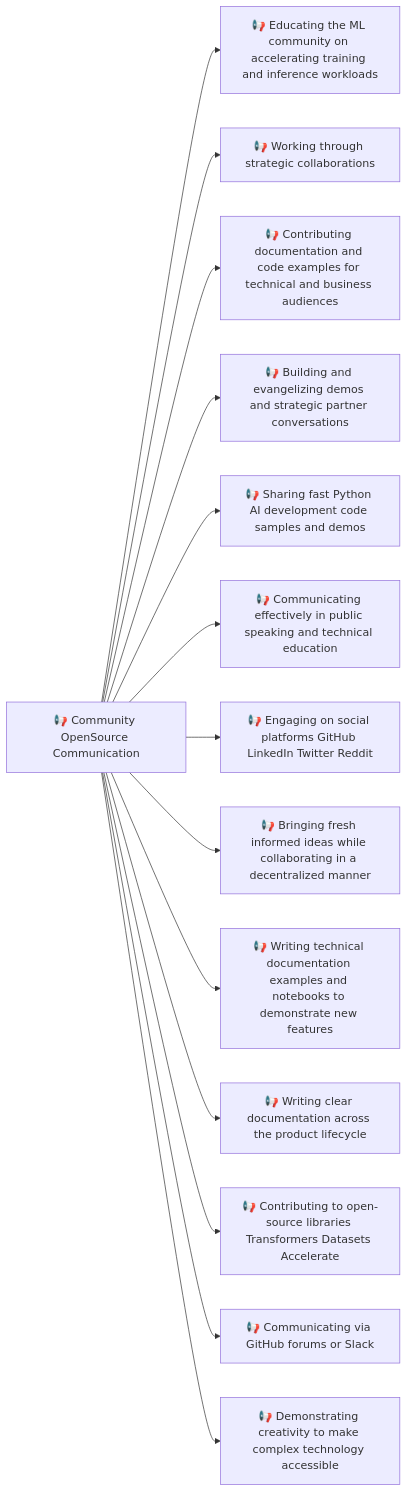
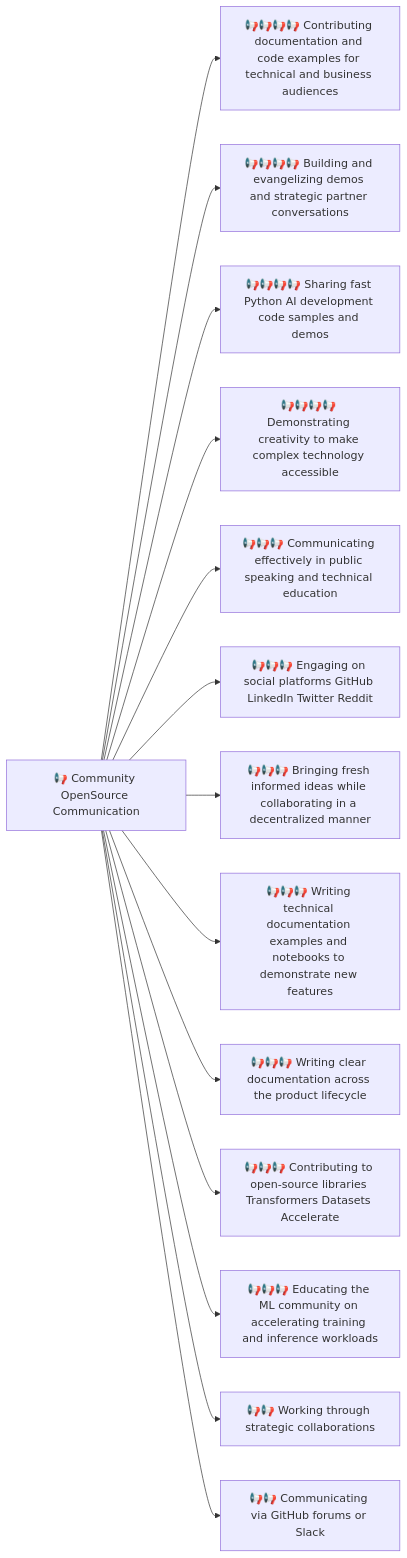
One commit to AaronCWacker/CV changed the ninth of 10 diagrams in cv2page.md. Above: the diagram before and after it, drawn with Mermaid. The commit also changed other lines of this file, not shown here.

````diff
--- a/cv2page.md
+++ b/cv2page.md
@@ -365,17 +365,17 @@
 ```mermaid
 graph LR
     R[📢 Community OpenSource Communication]
-    R --> C1[📢 Educating the ML community on accelerating training and inference workloads]
-    R --> C2[📢 Working through strategic collaborations]
-    R --> C3[📢 Contributing documentation and code examples for technical and business audiences]
-    R --> C4[📢 Building and evangelizing demos and strategic partner conversations]
-    R --> C5[📢 Sharing fast Python AI development code samples and demos]
-    R --> C6[📢 Communicating effectively in public speaking and technical education]
-    R --> C7[📢 Engaging on social platforms GitHub LinkedIn Twitter Reddit]
-    R --> C8[📢 Bringing fresh informed ideas while collaborating in a decentralized manner]
-    R --> C9[📢 Writing technical documentation examples and notebooks to demonstrate new features]
-    R --> C10[📢 Writing clear documentation across the product lifecycle]
-    R --> C11[📢 Contributing to open-source libraries Transformers Datasets Accelerate]
-    R --> C12[📢 Communicating via GitHub forums or Slack]
-    R --> C13[📢 Demonstrating creativity to make complex technology accessible]
+    R --> C3[📢📢📢📢 Contributing documentation and code examples for technical and business audiences]
+    R --> C4[📢📢📢📢 Building and evangelizing demos and strategic partner conversations]
+    R --> C5[📢📢📢📢 Sharing fast Python AI development code samples and demos]
+    R --> C13[📢📢📢📢 Demonstrating creativity to make complex technology accessible]
+    R --> C6[📢📢📢 Communicating effectively in public speaking and technical education]
+    R --> C7[📢📢📢 Engaging on social platforms GitHub LinkedIn Twitter Reddit]
+    R --> C8[📢📢📢 Bringing fresh informed ideas while collaborating in a decentralized manner]
+    R --> C9[📢📢📢 Writing technical documentation examples and notebooks to demonstrate new features]
+    R --> C10[📢📢📢 Writing clear documentation across the product lifecycle]
+    R --> C11[📢📢📢 Contributing to open-source libraries Transformers Datasets Accelerate]
+    R --> C1[📢📢📢 Educating the ML community on accelerating training and inference workloads]
+    R --> C2[📢📢 Working through strategic collaborations]
+    R --> C12[📢📢 Communicating via GitHub forums or Slack]
 ```
````
